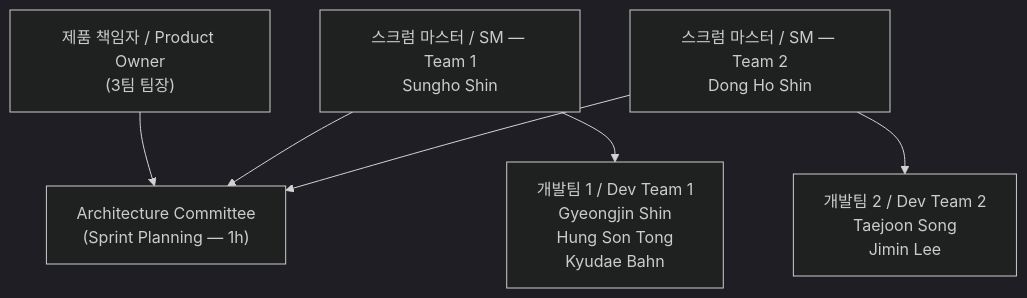
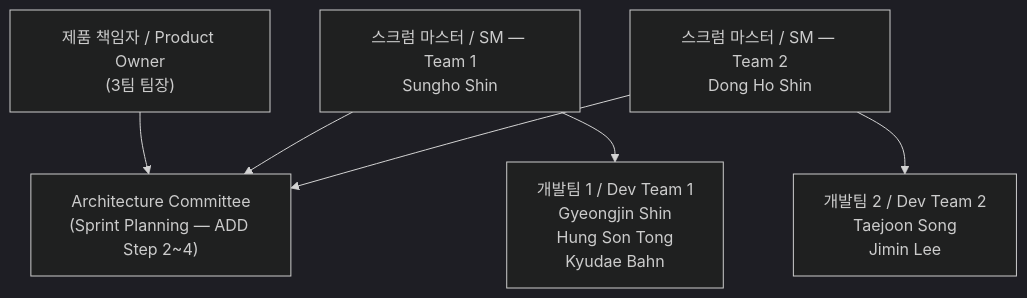
Before and after one commit to Ji-Min-Lee/2026-3-sw-architect-studio-project: the second of 2 diagrams in docs/milestone1/project-plan.md, drawn with Mermaid (dark theme). The commit also changed other lines of this file, not shown here.

First line of the commit message:
docs(m1): revise project plan with ADD-Agile sprint schedule and corrected QA priorities

````diff
--- a/docs/milestone1/project-plan.md
+++ b/docs/milestone1/project-plan.md
@@ -335,15 +463,15 @@
 ```mermaid
 graph TD
     PO["제품 책임자 / Product Owner\n(3팀 팀장)"]
-    AC["Architecture Committee\n(Sprint Planning — 1h)"]
+    AC["Architecture Committee\n(Sprint Planning — ADD Step 2~4)"]
     SM1["스크럼 마스터 / SM — Team 1\nSungho Shin"]
     SM2["스크럼 마스터 / SM — Team 2\nDong Ho Shin"]
     T1["개발팀 1 / Dev Team 1\nGyeongjin Shin\nHung Son Tong\nKyudae Bahn"]
     T2["개발팀 2 / Dev Team 2\nTaejoon Song\nJimin Lee"]
 
     PO --> AC
     SM1 --> AC
     SM2 --> AC
     SM1 --> T1
     SM2 --> T2
 ```
````
